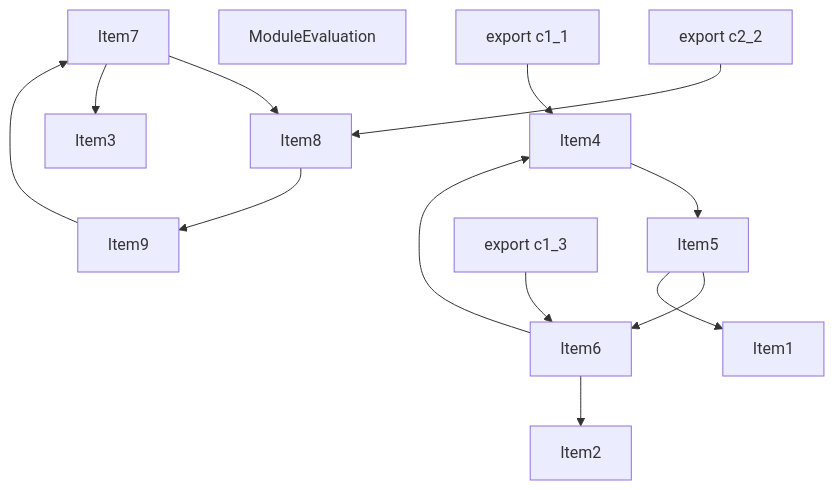
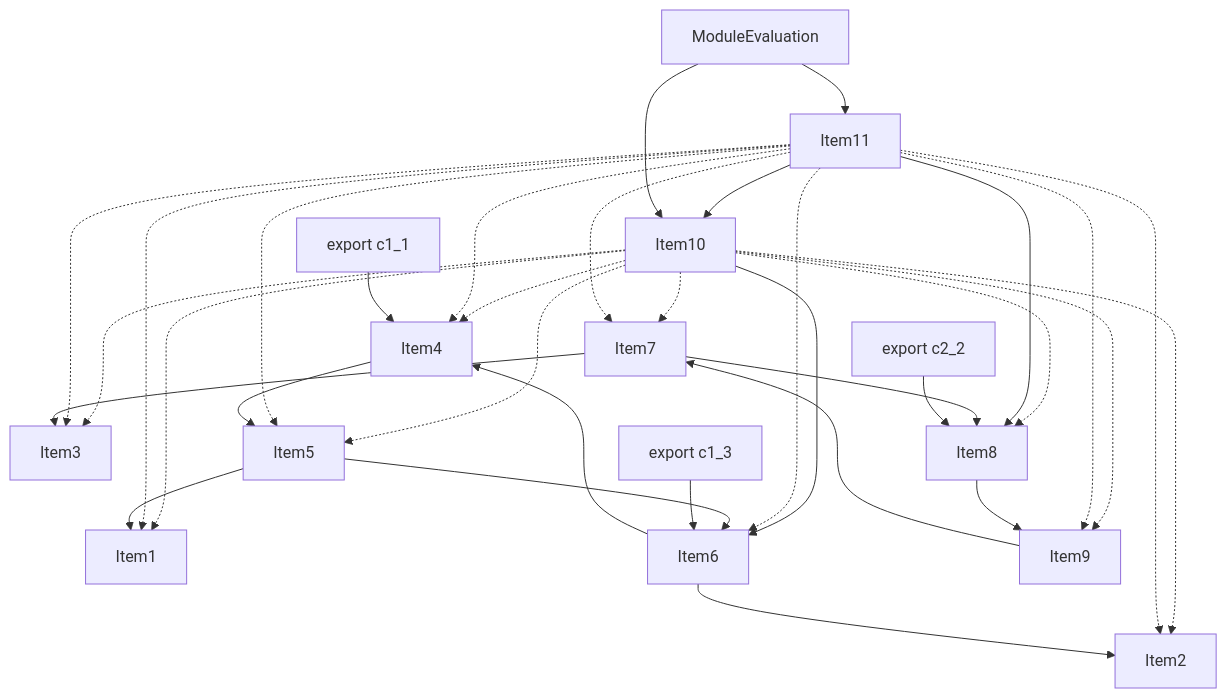
One commit to vercel/turborepo changed the fourth of 5 diagrams in crates/turbopack-ecmascript/tests/tree-shaker/analyzer/3/output.md. Above: the diagram before and after it, drawn with Mermaid. The commit also changed other lines of this file, not shown here.

````diff
--- a/crates/turbopack-ecmascript/tests/tree-shaker/analyzer/3/output.md
+++ b/crates/turbopack-ecmascript/tests/tree-shaker/analyzer/3/output.md
@@ -186,32 +250,55 @@
 ```mermaid
 graph TD
     Item1;
     Item2;
     Item3;
     Item4;
     Item5;
     Item6;
     Item7;
     Item8;
     Item9;
     Item10;
-    Item10["ModuleEvaluation"];
     Item11;
-    Item11["export c1_1"];
     Item12;
-    Item12["export c1_3"];
+    Item12["ModuleEvaluation"];
     Item13;
-    Item13["export c2_2"];
+    Item13["export c1_1"];
+    Item14;
+    Item14["export c1_3"];
+    Item15;
+    Item15["export c2_2"];
+    Item10 --> Item6;
+    Item10 -.-> Item5;
+    Item10 -.-> Item1;
+    Item10 -.-> Item4;
+    Item10 -.-> Item2;
+    Item10 -.-> Item8;
+    Item10 -.-> Item3;
+    Item10 -.-> Item9;
+    Item10 -.-> Item7;
+    Item11 --> Item8;
+    Item11 --> Item10;
+    Item11 -.-> Item5;
+    Item11 -.-> Item6;
+    Item11 -.-> Item1;
+    Item11 -.-> Item4;
+    Item11 -.-> Item2;
+    Item11 -.-> Item3;
+    Item11 -.-> Item9;
+    Item11 -.-> Item7;
     Item4 --> Item5;
     Item5 --> Item6;
     Item5 --> Item1;
     Item6 --> Item4;
     Item6 --> Item2;
     Item7 --> Item8;
     Item7 --> Item3;
     Item8 --> Item9;
     Item9 --> Item7;
-    Item11 --> Item4;
-    Item12 --> Item6;
-    Item13 --> Item8;
+    Item12 --> Item10;
+    Item12 --> Item11;
+    Item13 --> Item4;
+    Item14 --> Item6;
+    Item15 --> Item8;
 ```
````
